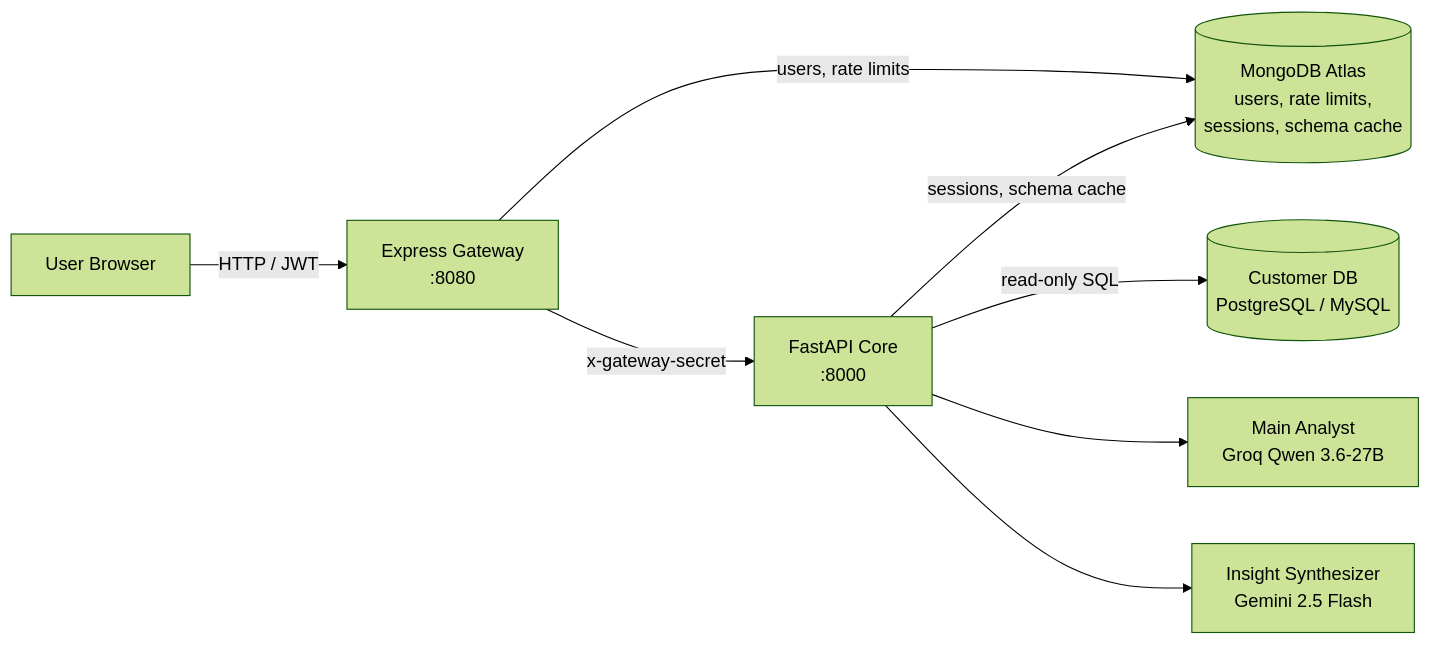
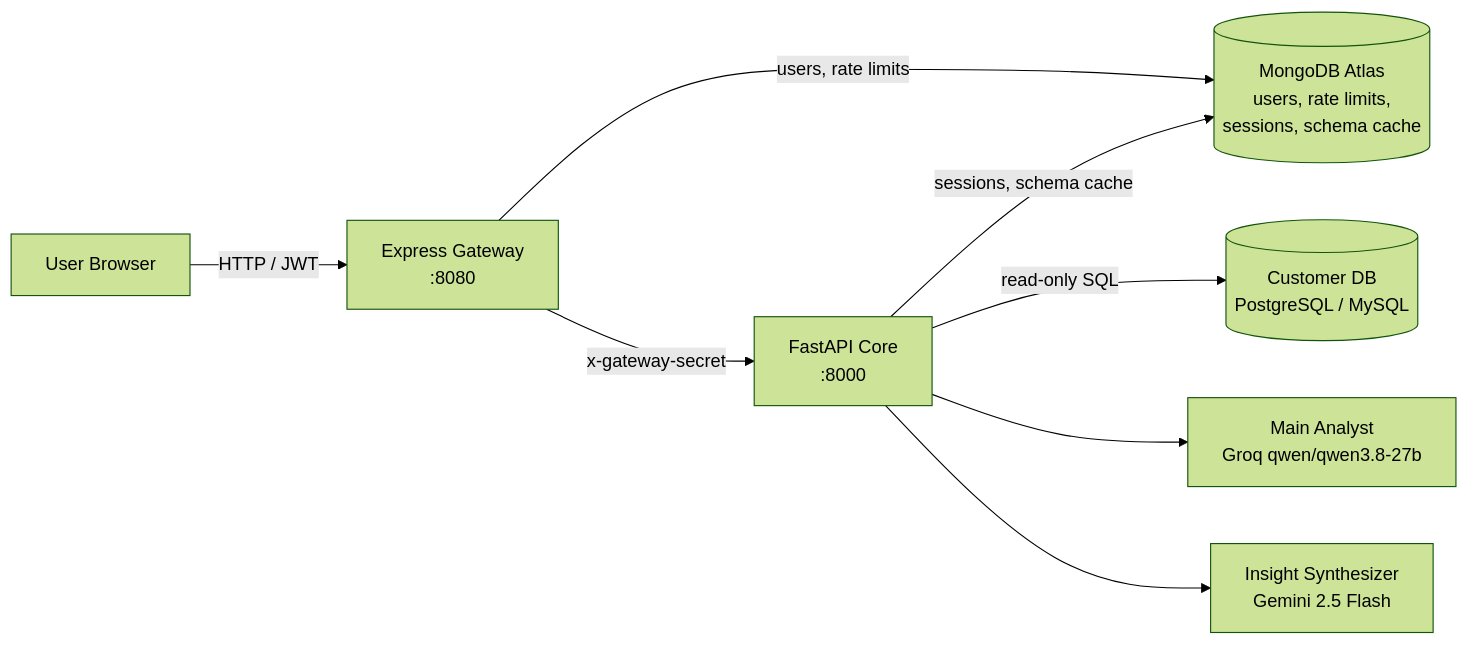
Before and after one commit to harysri/AskDB: the diagram in README.md, drawn with Mermaid (forest theme). The commit also changed other lines of this file, not shown here.

Commit message:
Analyst model updated

````diff
--- a/README.md
+++ b/README.md
@@ -153,18 +153,18 @@
 ```mermaid
 flowchart LR
     U["User Browser"]
     G["Express Gateway<br/>:8080"]
     C["FastAPI Core<br/>:8000"]
     M[("MongoDB Atlas<br/>users, rate limits,<br/>sessions, schema cache")]
     D[("Customer DB<br/>PostgreSQL / MySQL")]
-    E["Main Analyst<br/>Groq Qwen 3.6-27B"]
+    E["Main Analyst<br/>Groq qwen/qwen3.8-27b"]
     I["Insight Synthesizer<br/>Gemini 2.5 Flash"]
 
     U -->|"HTTP / JWT"| G
     G -->|"users, rate limits"| M
     G -->|"x-gateway-secret"| C
     C -->|"sessions, schema cache"| M
     C -->|"read-only SQL"| D
     C --> E
     C --> I
 ```
````
